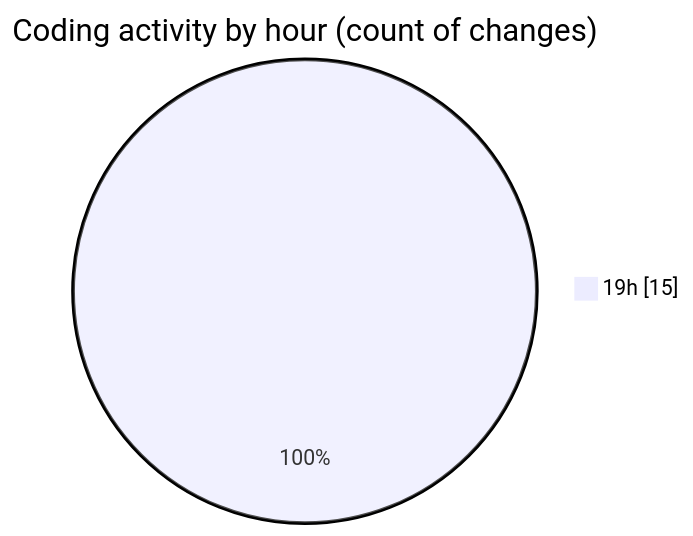
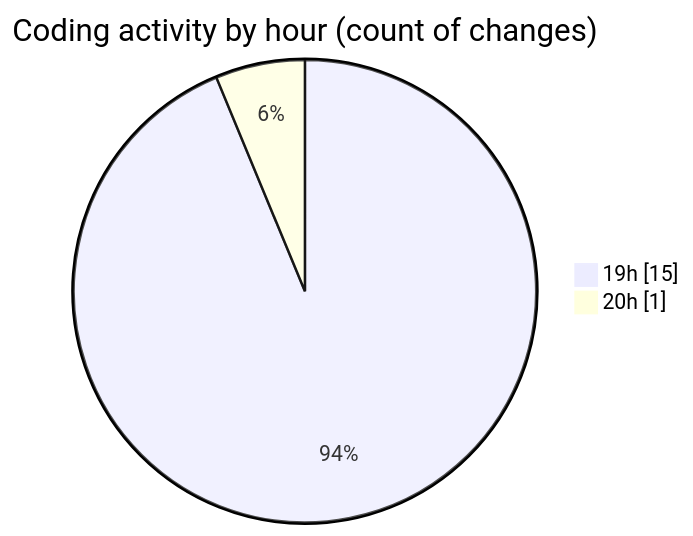
One commit to JenPaints/code-tracking changed the second of 2 diagrams in 2025-06-20/archive/README.md. Above: the diagram before and after it, drawn with Mermaid. The commit also changed other lines of this file and 1 other file, not shown here.

````diff
--- a/2025-06-20/archive/README.md
+++ b/2025-06-20/archive/README.md
@@ -41,5 +43,6 @@
 ```mermaid
 pie showData
 title Coding activity by hour (count of changes)
 "19h" : 15
+"20h" : 1
 ```
````
